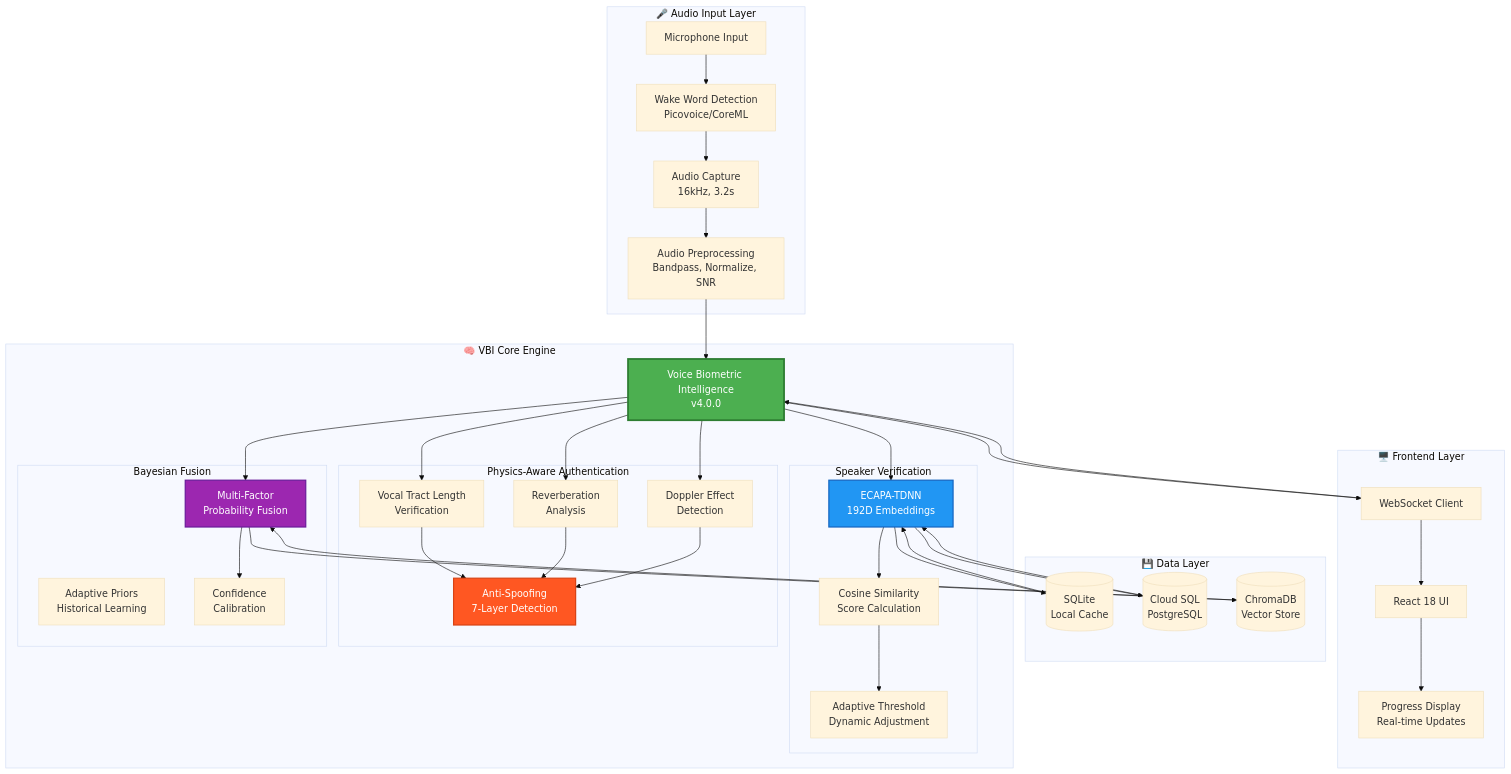
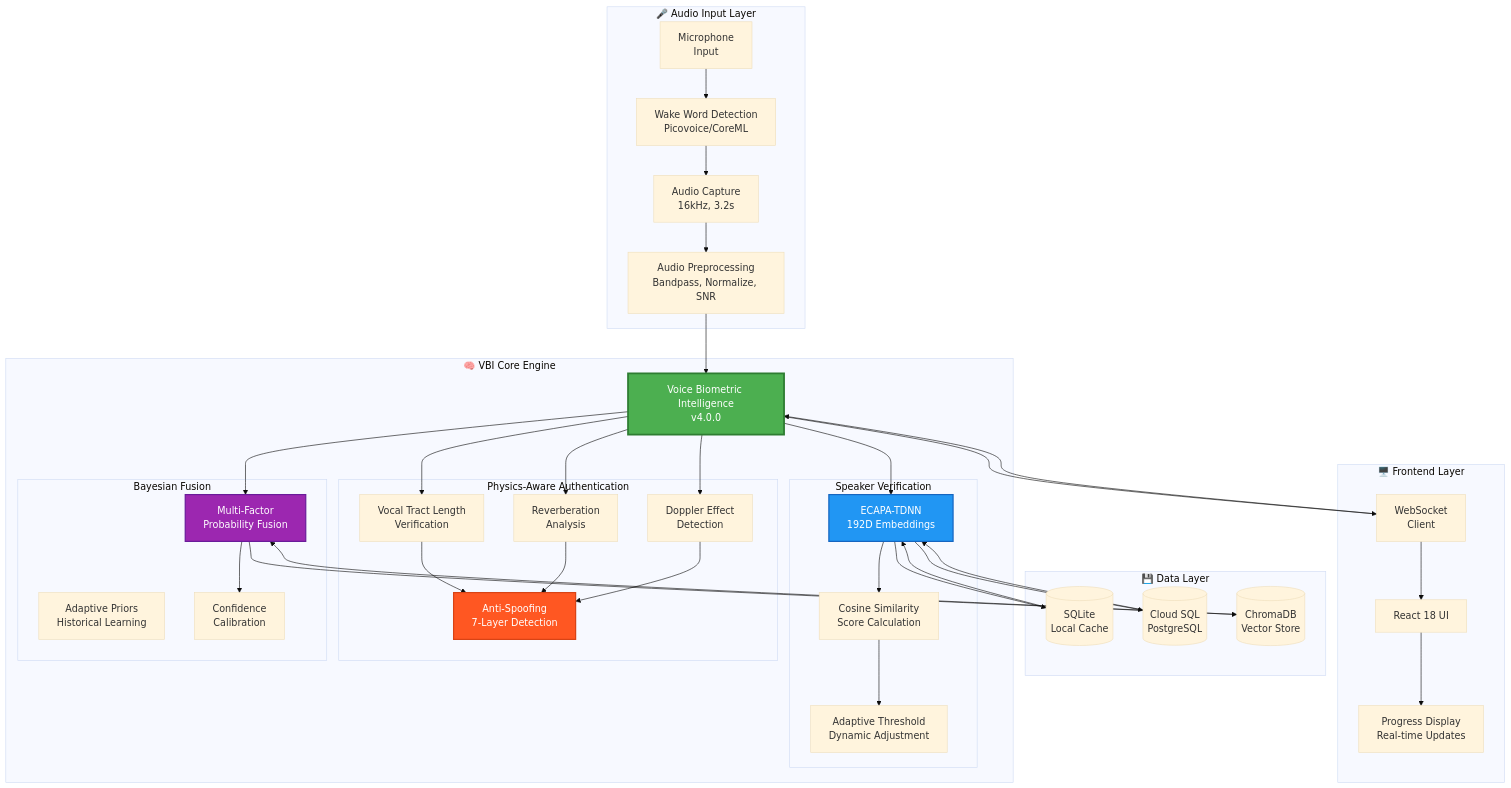
One commit to nandkishorrathodk-art/Ironcliw-ai changed the first of 13 diagrams in VOICE_BIOMETRIC_INTELLIGENCE_ARCHITECTURE.md. Above: the diagram before and after it, drawn with Mermaid (base theme). The commit also changed other lines of this file, not shown here.

````diff
--- a/VOICE_BIOMETRIC_INTELLIGENCE_ARCHITECTURE.md
+++ b/VOICE_BIOMETRIC_INTELLIGENCE_ARCHITECTURE.md
@@ -69,73 +63,73 @@
 ```mermaid
 flowchart TB
     subgraph "🎤 Audio Input Layer"
-        MIC[Microphone Input]
+        MIC[Microphone <br/>Input]
         WW[Wake Word Detection<br/>Picovoice/CoreML]
         AC[Audio Capture<br/>16kHz, 3.2s]
         PP[Audio Preprocessing<br/>Bandpass, Normalize, SNR]
     end
 
     subgraph "🧠 VBI Core Engine"
         VBI[Voice Biometric Intelligence<br/>v4.0.0]
         
         subgraph "Speaker Verification"
             ECAPA[ECAPA-TDNN<br/>192D Embeddings]
             CS[Cosine Similarity<br/>Score Calculation]
             AT[Adaptive Threshold<br/>Dynamic Adjustment]
         end
         
         subgraph "Physics-Aware Authentication"
             VTL[Vocal Tract Length<br/>Verification]
             RA[Reverberation<br/>Analysis]
             DED[Doppler Effect<br/>Detection]
             AS[Anti-Spoofing<br/>7-Layer Detection]
         end
         
         subgraph "Bayesian Fusion"
             BF[Multi-Factor<br/>Probability Fusion]
             AP[Adaptive Priors<br/>Historical Learning]
             CF[Confidence<br/>Calibration]
         end
     end
 
     subgraph "💾 Data Layer"
         SQLITE[("SQLite<br/>Local Cache")]
         CLOUDSQL[("Cloud SQL<br/>PostgreSQL")]
         CHROMA[("ChromaDB<br/>Vector Store")]
     end
 
     subgraph "🖥️ Frontend Layer"
         REACT[React 18 UI]
-        WS[WebSocket Client]
+        WS[WebSocket <br/>Client]
         PROG[Progress Display<br/>Real-time Updates]
     end
 
     MIC --> WW --> AC --> PP
     PP --> VBI
     VBI --> ECAPA --> CS --> AT
     VBI --> VTL
     VBI --> RA
     VBI --> DED
     VTL --> AS
     RA --> AS
     DED --> AS
     VBI --> BF
     BF --> CF
     
     ECAPA --> SQLITE
     SQLITE --> ECAPA
     ECAPA --> CLOUDSQL
     CLOUDSQL --> ECAPA
     BF --> CHROMA
     CHROMA --> BF
     
     VBI --> WS
     WS --> VBI
     WS --> REACT
     REACT --> PROG
 
     style VBI fill:#4caf50,stroke:#2e7d32,stroke-width:3px,color:#fff
     style ECAPA fill:#2196f3,stroke:#1565c0,stroke-width:2px,color:#fff
     style AS fill:#ff5722,stroke:#d84315,stroke-width:2px,color:#fff
     style BF fill:#9c27b0,stroke:#6a1b9a,stroke-width:2px,color:#fff
 ```
````
